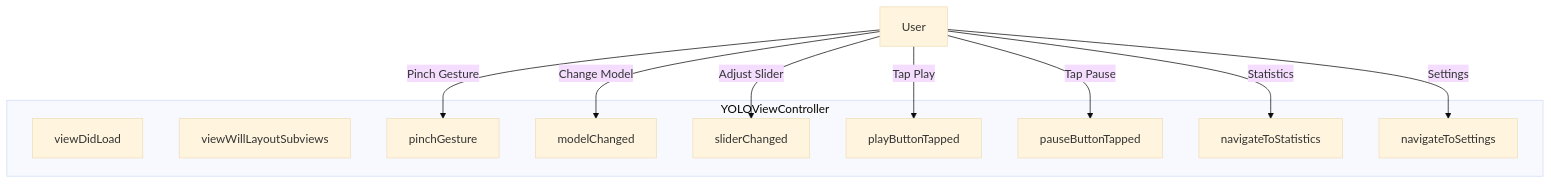
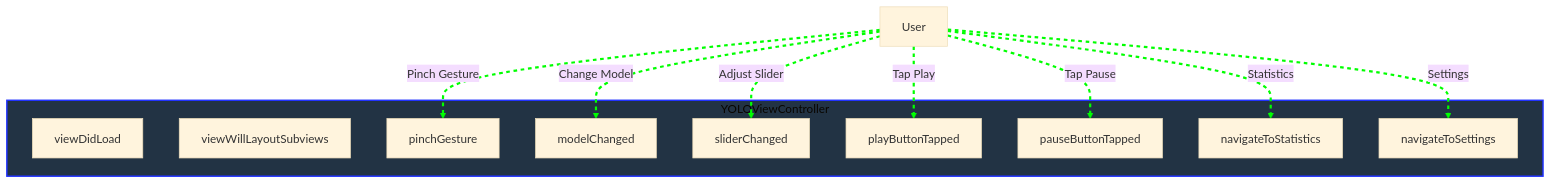
One commit to CongLeSolutionX/iOS-development-vault changed the fifth of 10 diagrams in Reversing_Engineer_through_Interfaces/Swift-generated_header_file_in_depth_in_Mermaid.md. Above: the diagram before and after it, drawn with Mermaid (base theme). The commit also changed other lines of this file, not shown here.

````diff
--- a/Reversing_Engineer_through_Interfaces/Swift-generated_header_file_in_depth_in_Mermaid.md
+++ b/Reversing_Engineer_through_Interfaces/Swift-generated_header_file_in_depth_in_Mermaid.md
@@ -278,22 +278,32 @@
 ```mermaid
 flowchart TD
     subgraph YOLOViewController
+        %% Background style for subgraph YOLOViewController
+        style YOLOViewController fill:#234,stroke:#23F,stroke-width:2px
+        
         A[viewDidLoad]
         B[viewWillLayoutSubviews]
         C[pinchGesture]
         D[modelChanged]
         E[sliderChanged]
         F[playButtonTapped]
         G[pauseButtonTapped]
         H[navigateToStatistics]
         I[navigateToSettings]
     end
 
     User -->|Pinch Gesture| C
     User -->|Change Model| D
     User -->|Adjust Slider| E
     User -->|Tap Play| F
     User -->|Tap Pause| G
     User -->|Statistics| H
     User -->|Settings| I
+
+
+%% Style for arrows
+linkStyle 0,1,2,3,4,5,6 stroke:#00FF00,stroke-width:3px,stroke-dasharray:5 5
+%% Note: The numbers in linkStyle correspond to the order of links above.
+%% linkStyle default stroke:#451,stroke-width:3px
+
 ```
````
